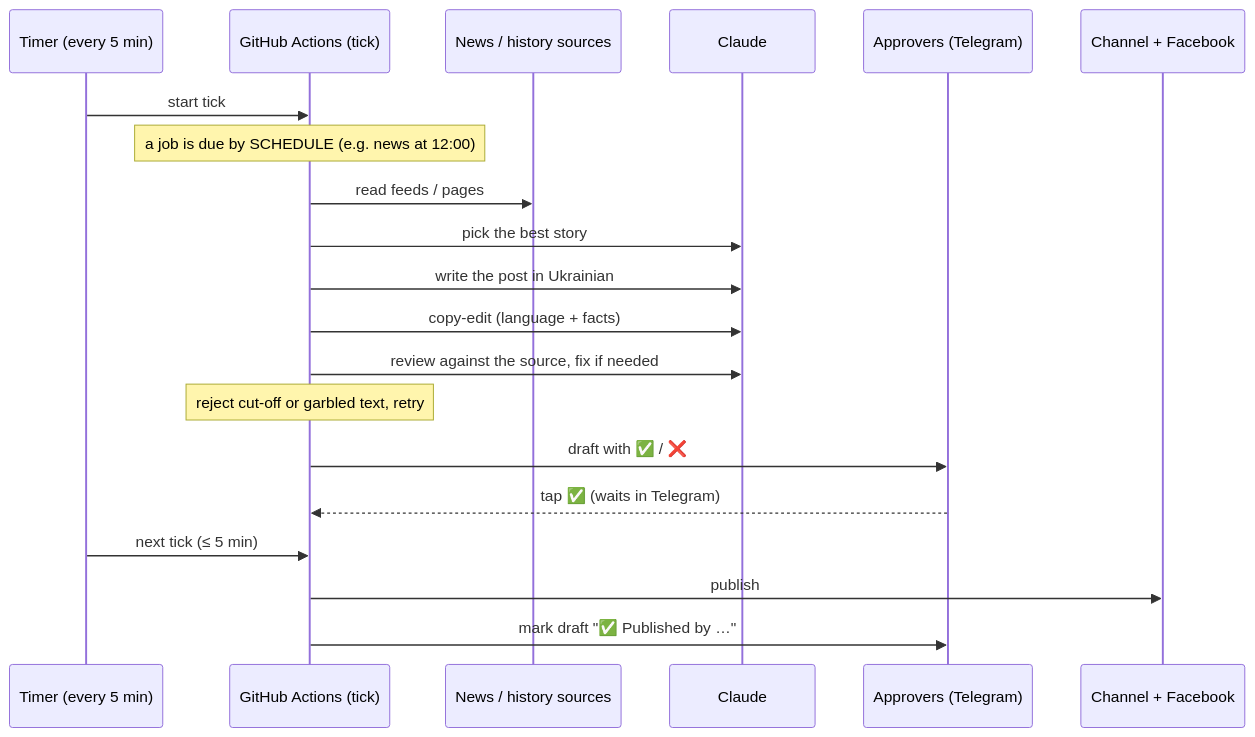
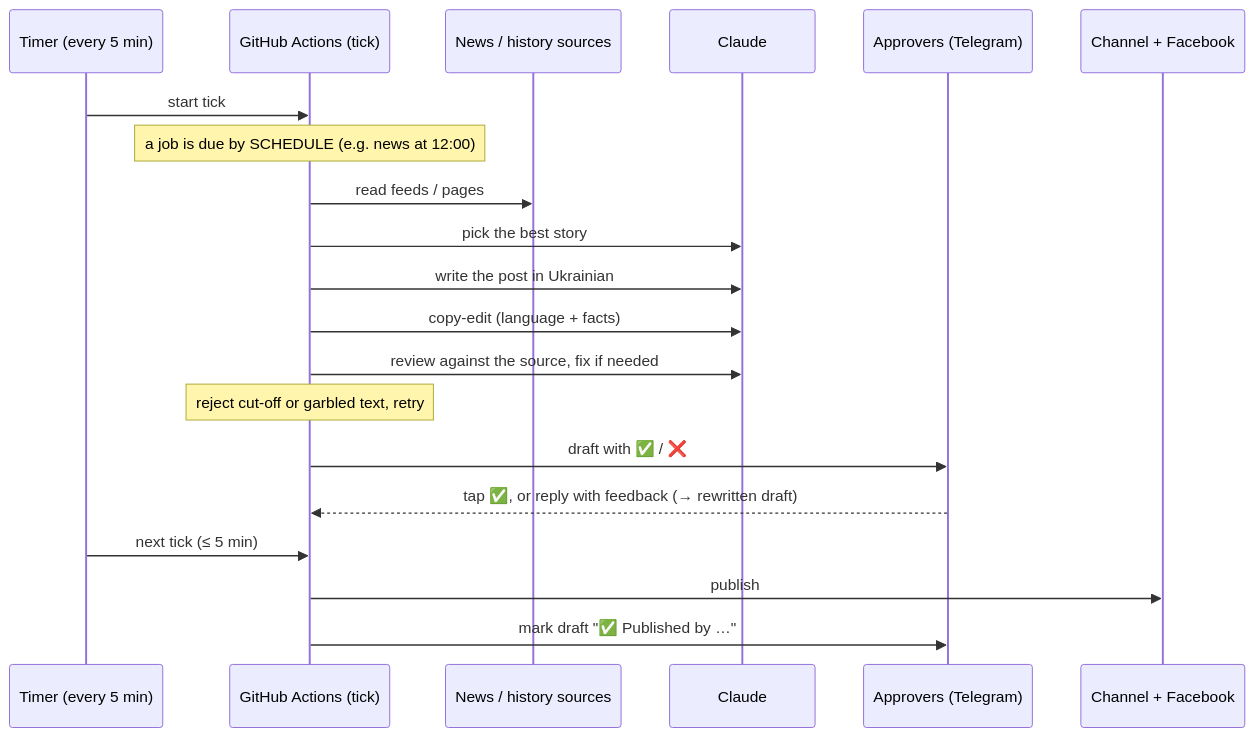
Before and after one commit to hitechparadigm/community-ai-autoposter: the second of 2 diagrams in README.md, drawn with Mermaid. The commit also changed other lines of this file, not shown here.

First line of the commit message:
README diagrams: approvals with feedback and ideas, learning loop, Facebook format

````diff
--- a/README.md
+++ b/README.md
@@ -117,22 +119,22 @@
 ```mermaid
 sequenceDiagram
     participant Tm as Timer (every 5 min)
     participant GA as GitHub Actions (tick)
     participant Src as News / history sources
     participant Cl as Claude
     participant Ap as Approvers (Telegram)
     participant Ch as Channel + Facebook
     Tm->>GA: start tick
     Note over GA: a job is due by SCHEDULE (e.g. news at 12:00)
     GA->>Src: read feeds / pages
     GA->>Cl: pick the best story
     GA->>Cl: write the post in Ukrainian
     GA->>Cl: copy-edit (language + facts)
     GA->>Cl: review against the source, fix if needed
     Note over GA: reject cut-off or garbled text, retry
     GA->>Ap: draft with ✅ / ❌
-    Ap-->>GA: tap ✅ (waits in Telegram)
+    Ap-->>GA: tap ✅, or reply with feedback (→ rewritten draft)
     Tm->>GA: next tick (≤ 5 min)
     GA->>Ch: publish
     GA->>Ap: mark draft "✅ Published by …"
 ```
````
